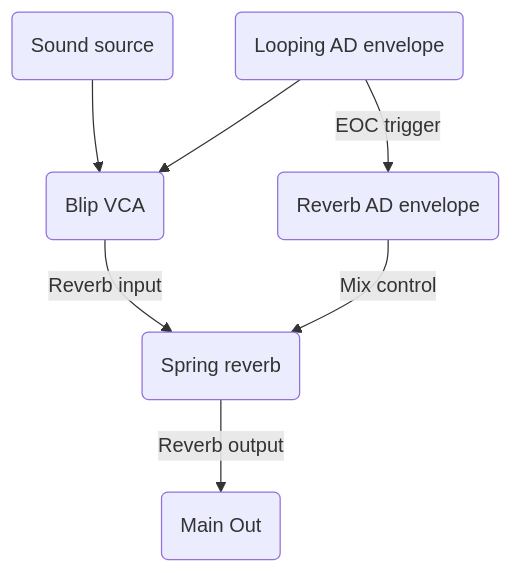
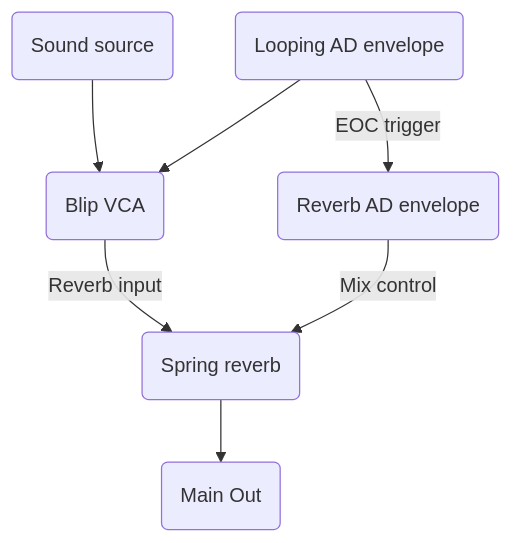
The fourth of 4 diagrams in _posts/2017-1-24-spring-thing.md (aidanreilly/man_synth), drawn with Mermaid before and after one commit.

Commit message:
push final spring

```diff
--- a/_posts/2017-1-24-spring-thing.md
+++ b/_posts/2017-1-24-spring-thing.md
@@ -65,9 +65,9 @@
 <div class="mermaid">
 graph TD;
 F(Sound source)-->E(Blip VCA)
 A(Looping AD envelope)-->E(Blip VCA)
 E(Blip VCA)-->|Reverb input|D(Spring reverb)
 A(Looping AD envelope) -->|EOC trigger| B(Reverb AD envelope)
 B(Reverb AD envelope)-->|Mix control|D(Spring reverb)
-D(Spring reverb) -->|Reverb output| G(Main Out)
+D(Spring reverb) -->G(Main Out)
 </div>
```
